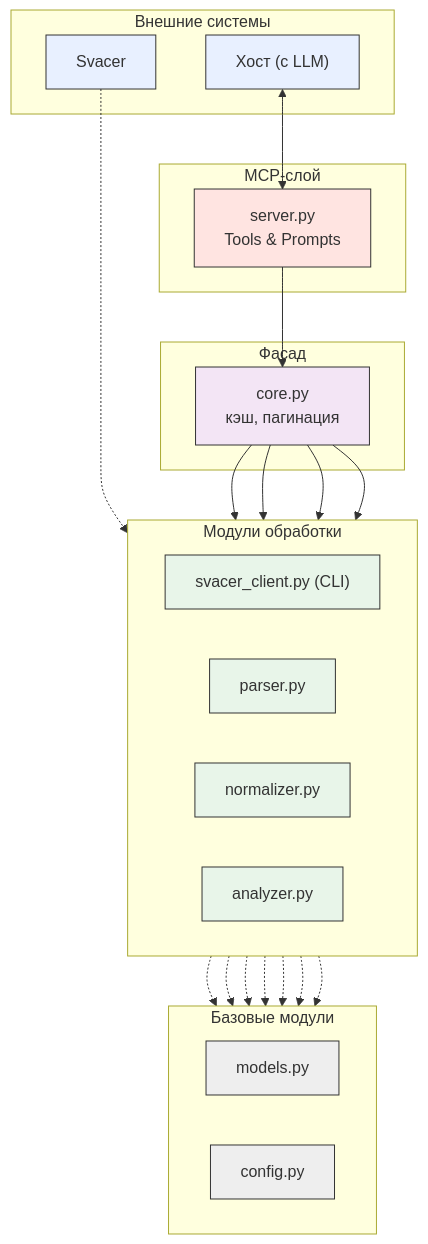
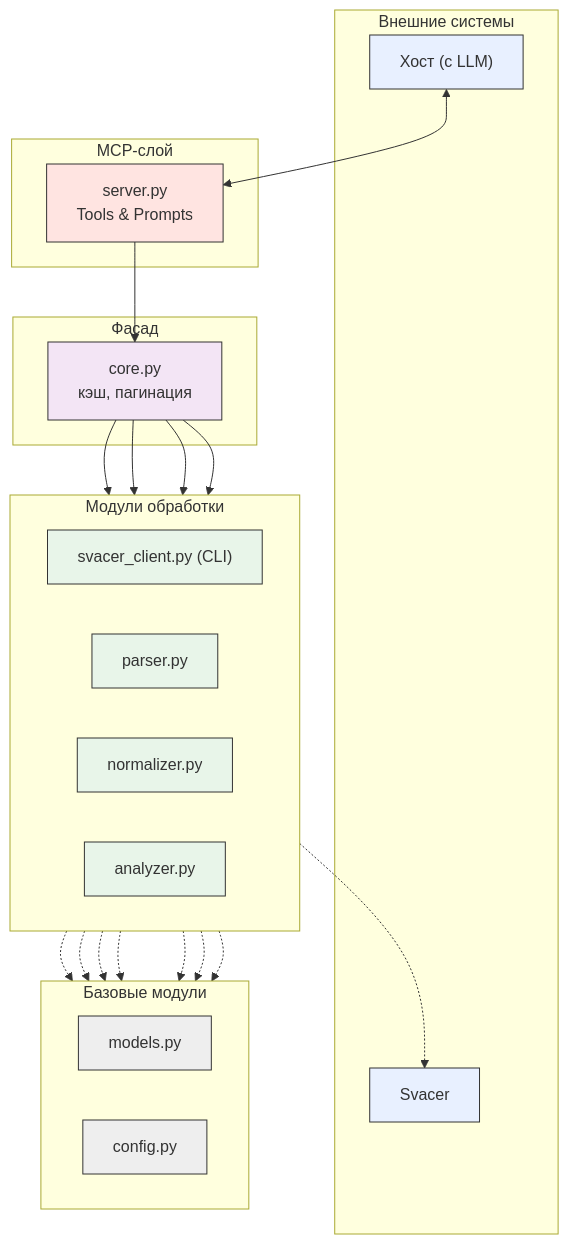
Before and after one commit to Otto-7/mcp: the second of 2 diagrams in docs/architecture.md, drawn with Mermaid.

Commit message:
Update relationship direction in architecture diagram

````diff
--- a/docs/architecture.md
+++ b/docs/architecture.md
@@ -59,61 +59,61 @@
 ```mermaid
 flowchart TD
     subgraph External ["Внешние системы"]
         Host["Хост (с LLM)"]
         Svacer["Svacer"]
     end
 
     subgraph MCP ["MCP-слой"]
         S["server.py<br/>Tools & Prompts"]
     end
 
     subgraph Logic ["Фасад"]
         C["core.py<br/>кэш, пагинация"]
     end
 
     subgraph Processing ["Модули обработки"]
         direction LR
         SC["svacer_client.py (CLI)"]
         P["parser.py"]
         N["normalizer.py"]
         A["analyzer.py"]
     end
 
     subgraph Base ["Базовые модули"]
         direction LR
         M["models.py"]
         CFG["config.py"]
     end
 
     %% Связи
     Host <--> S
-    Svacer -.-> SC
+    SC -.-> Svacer
     
     S --> C
     C --> SC
     C --> P
     C --> N
     C --> A
     
     P -.-> M
     N -.-> M
     A -.-> M
     
     SC -.-> CFG
     P -.-> CFG
     N -.-> CFG
     A -.-> CFG
 
     %% Стили
     classDef ext fill:#e8f0ff,stroke:#333
     classDef mcp fill:#ffe4e1,stroke:#333
     classDef logic fill:#f3e5f5,stroke:#333
     classDef proc fill:#e8f5e9,stroke:#333
     classDef base fill:#eeeeee,stroke:#333
 
     class Host,Svacer ext
     class S mcp
     class C logic
     class SC,P,N,A proc
     class M,CFG base
 ```
````
